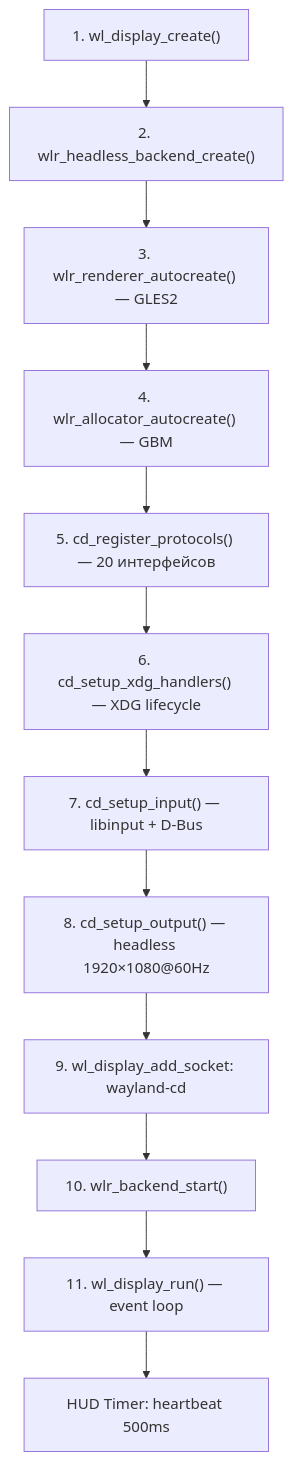
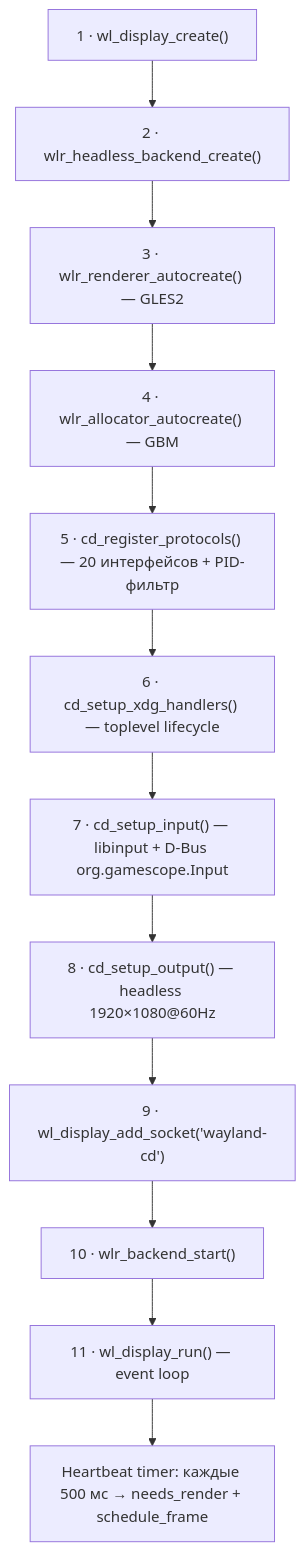
One commit to chiririll/cloud-desktop-host changed the second of 5 diagrams in docs/Архитектура cloud-desktop-host (CDH).md. Above: the diagram before and after it, drawn with Mermaid. The commit also changed other lines of this file and 1 other file, not shown here.

First line of the commit message:
docs: rewrite README and Architecture — detailed project card, structured arch doc

````diff
--- a/docs/Архитектура cloud-desktop-host (CDH).md
+++ b/docs/Архитектура cloud-desktop-host (CDH).md
@@ -151,14 +153,15 @@
 ```mermaid
 flowchart TD
-    A["1. wl_display_create()"] --> B["2. wlr_headless_backend_create()"]
-    B --> C["3. wlr_renderer_autocreate() — GLES2"]
-    C --> D["4. wlr_allocator_autocreate() — GBM"]
-    D --> E["5. cd_register_protocols() — 20 интерфейсов"]
-    E --> F["6. cd_setup_xdg_handlers() — XDG lifecycle"]
-    F --> G["7. cd_setup_input() — libinput + D-Bus"]
-    G --> H["8. cd_setup_output() — headless 1920×1080@60Hz"]
-    H --> I["9. wl_display_add_socket: wayland-cd"]
-    I --> J["10. wlr_backend_start()"]
-    J --> K["11. wl_display_run() — event loop"]
-    K --> L["HUD Timer: heartbeat 500ms"]
+    A["1 · wl_display_create()"] --> B
+    B["2 · wlr_headless_backend_create()"] --> C
+    C["3 · wlr_renderer_autocreate() — GLES2"] --> D
+    D["4 · wlr_allocator_autocreate() — GBM"] --> E
+    E["5 · cd_register_protocols() — 20 интерфейсов + PID-фильтр"] --> F
+    F["6 · cd_setup_xdg_handlers() — toplevel lifecycle"] --> G
+    G["7 · cd_setup_input() — libinput + D-Bus org.gamescope.Input"] --> H
+    H["8 · cd_setup_output() — headless 1920×1080@60Hz"] --> I
+    I["9 · wl_display_add_socket('wayland-cd')"] --> J
+    J["10 · wlr_backend_start()"] --> K
+    K["11 · wl_display_run() — event loop"]
+    K --> L["Heartbeat timer: каждые 500 мс → needs_render + schedule_frame"]
 ```
````
